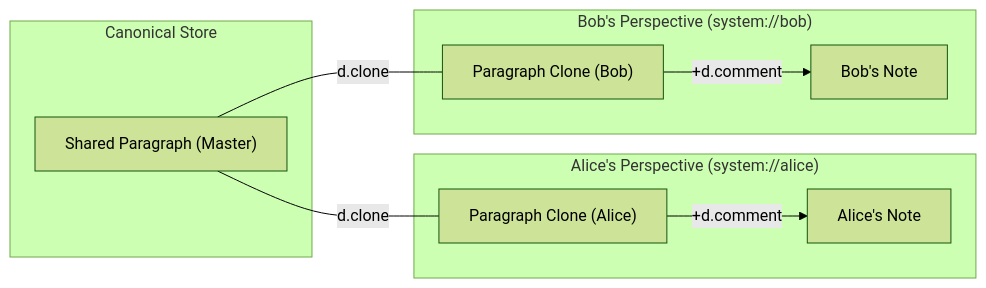
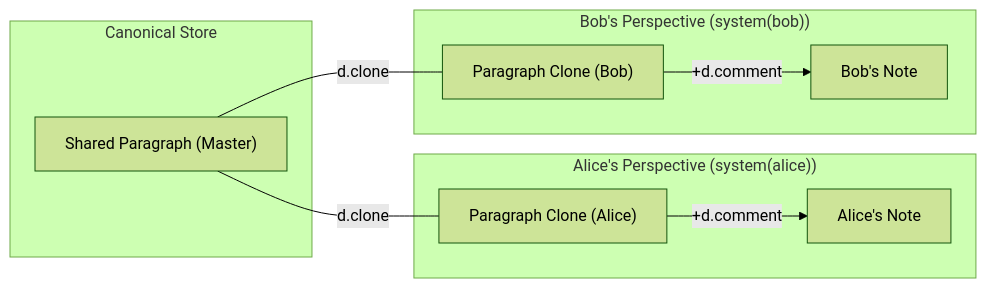
Before and after one commit to ccs4ever/gleditor: the first of 2 diagrams in design/vql-query-language.md, drawn with Mermaid (forest theme). The commit also changed other lines of this file, not shown here.

````diff
--- a/design/vql-query-language.md
+++ b/design/vql-query-language.md
@@ -1157,21 +1238,21 @@
 ```mermaid
 graph LR
     subgraph Master ["Canonical Store"]
         P["Shared Paragraph (Master)"]
     end
 
-    subgraph AlicePersp ["Alice's Perspective (system://alice)"]
+    subgraph AlicePersp ["Alice's Perspective (system(alice))"]
         CA["Paragraph Clone (Alice)"]
         NA["Alice's Note"]
         CA -->|"+d.comment"| NA
     end
 
-    subgraph BobPersp ["Bob's Perspective (system://bob)"]
+    subgraph BobPersp ["Bob's Perspective (system(bob))"]
         CB["Paragraph Clone (Bob)"]
         NB["Bob's Note"]
         CB -->|"+d.comment"| NB
     end
 
     P ---|"d.clone"| CA
     P ---|"d.clone"| CB
 ```
````
